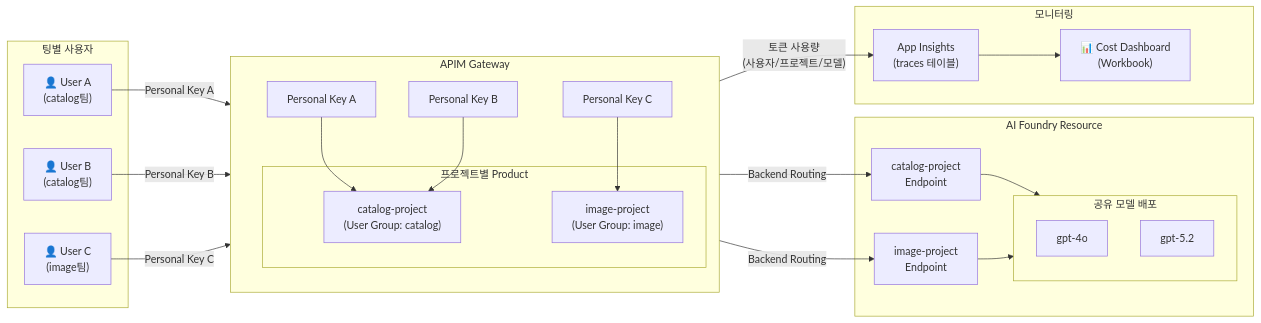
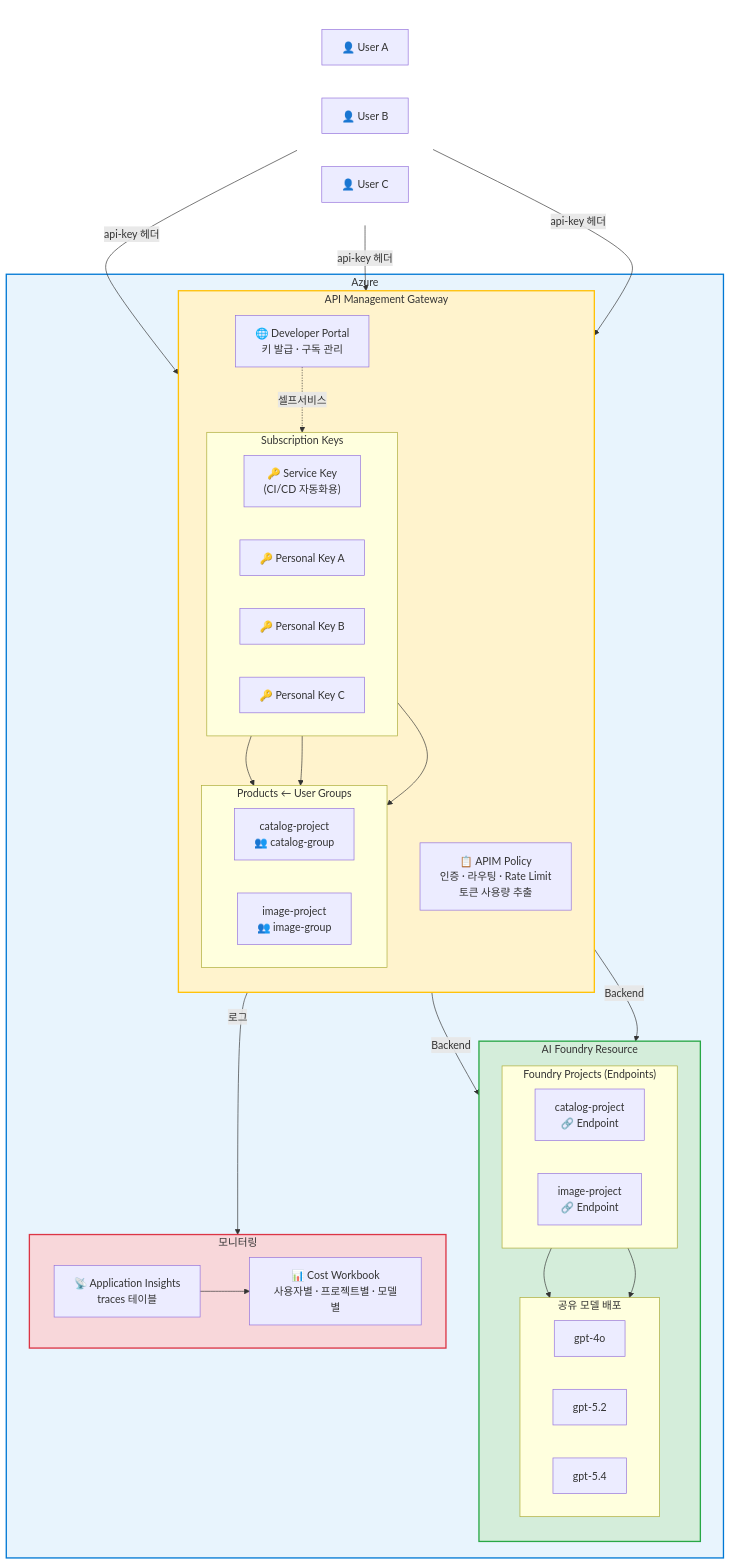
The first of 2 diagrams in README.md (jihys/apim-foundry-cost-governance), drawn with Mermaid before and after one commit. The commit also changed 1 other file, not shown here.

Commit message:
Replace flow diagram with structural architecture diagram (#43)
- Top-down layered layout: Users → APIM → Foundry → Monitoring
- APIM layer shows Developer Portal, Subscription Keys (Service/Personal),
  Products with User Groups, and Policy block
- Foundry layer shows Projects (Endpoints) and shared model deployments
- Monitoring layer shows App Insights traces and Cost Workbook
- Color-coded Azure/APIM/Foundry/Monitoring boundaries
- Updated both Korean and English READMEs

````diff
--- a/README.md
+++ b/README.md
@@ -9,46 +9,67 @@
 ```mermaid
-flowchart LR
-    subgraph Users["팅별 사용자"]
-        U1["👤 User A\n(catalog팀)"]
-        U2["👤 User B\n(catalog팀)"]
-        U3["👤 User C\n(image팀)"]
+flowchart TB
+    subgraph Users[" "]
+        direction LR
+        U1["👤 User A"]
+        U2["👤 User B"]
+        U3["👤 User C"]
     end
 
-    subgraph APIM["APIM Gateway"]
-        direction TB
-        PK1["Personal Key A"]
-        PK2["Personal Key B"]
-        PK3["Personal Key C"]
-        subgraph Products["프로젝트별 Product"]
-            P1["catalog-project\n(User Group: catalog)"]
-            P2["image-project\n(User Group: image)"]
+    subgraph Azure["Azure"]
+        subgraph APIM["API Management Gateway"]
+            direction TB
+            Portal["🌐 Developer Portal\n키 발급 · 구독 관리"]
+            subgraph Keys["Subscription Keys"]
+                direction LR
+                SK1["🔑 Service Key\n(CI/CD 자동화용)"]
+                PK1["🔑 Personal Key A"]
+                PK2["🔑 Personal Key B"]
+                PK3["🔑 Personal Key C"]
+            end
+            subgraph Routing["Products  ←  User Groups"]
+                direction LR
+                P1["catalog-project\n👥 catalog-group"]
+                P2["image-project\n👥 image-group"]
+            end
+            Policy["📋 APIM Policy\n인증 · 라우팅 · Rate Limit\n토큰 사용량 추출"]
+        end
+
+        subgraph Foundry["AI Foundry Resource"]
+            direction TB
+            subgraph Endpoints["Foundry Projects (Endpoints)"]
+                direction LR
+                FP1["catalog-project\n🔗 Endpoint"]
+                FP2["image-project\n🔗 Endpoint"]
+            end
+            subgraph Models["공유 모델 배포"]
+                direction LR
+                M1["gpt-4o"]
+                M2["gpt-5.2"]
+                M3["gpt-5.4"]
+            end
+        end
+
+        subgraph Monitor["모니터링"]
+            direction LR
+            AI["📡 Application Insights\ntraces 테이블"]
+            WB["📊 Cost Workbook\n사용자별 · 프로젝트별 · 모델별"]
         end
     end
 
-    subgraph Foundry["AI Foundry Resource"]
-        FP1["catalog-project\nEndpoint"]
-        FP2["image-project\nEndpoint"]
-        subgraph Models["공유 모델 배포"]
-            M1["gpt-4o"]
-            M2["gpt-5.2"]
-        end
-    end
+    U1 & U2 -->|"api-key 헤더"| APIM
+    U3 -->|"api-key 헤더"| APIM
+    Portal -.->|"셀프서비스"| Keys
+    PK1 & PK2 --> P1
+    PK3 --> P2
+    P1 -->|Backend| FP1
+    P2 -->|Backend| FP2
+    FP1 & FP2 --> Models
+    Policy -->|"로그"| AI
+    AI --> WB
 
-    subgraph Monitoring["모니터링"]
-        AI["App Insights\n(traces 테이블)"]
-        WB["📊 Cost Dashboard\n(Workbook)"]
-    end
-
-    U1 -->|Personal Key A| PK1
-    U2 -->|Personal Key B| PK2
-    U3 -->|Personal Key C| PK3
-    PK1 --> P1
-    PK2 --> P1
-    PK3 --> P2
-    P1 -->|Backend Routing| FP1
-    P2 -->|Backend Routing| FP2
-    FP1 --> Models
-    FP2 --> Models
-    APIM -->|"토큰 사용량\n(사용자/프로젝트/모델)"| AI
-    AI --> WB
+    style Users fill:none,stroke:none
+    style Azure fill:#e8f4fd,stroke:#0078d4,stroke-width:2px
+    style APIM fill:#fff3cd,stroke:#ffc107,stroke-width:2px
+    style Foundry fill:#d4edda,stroke:#28a745,stroke-width:2px
+    style Monitor fill:#f8d7da,stroke:#dc3545,stroke-width:2px
 ```
````
